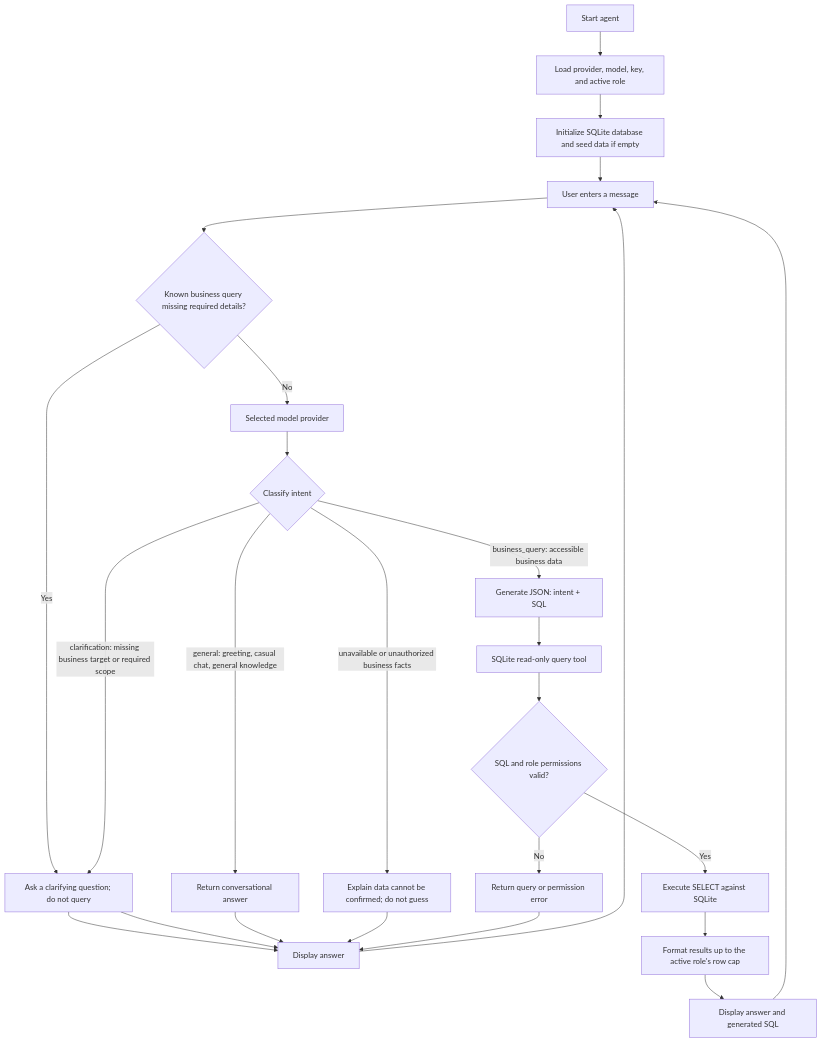
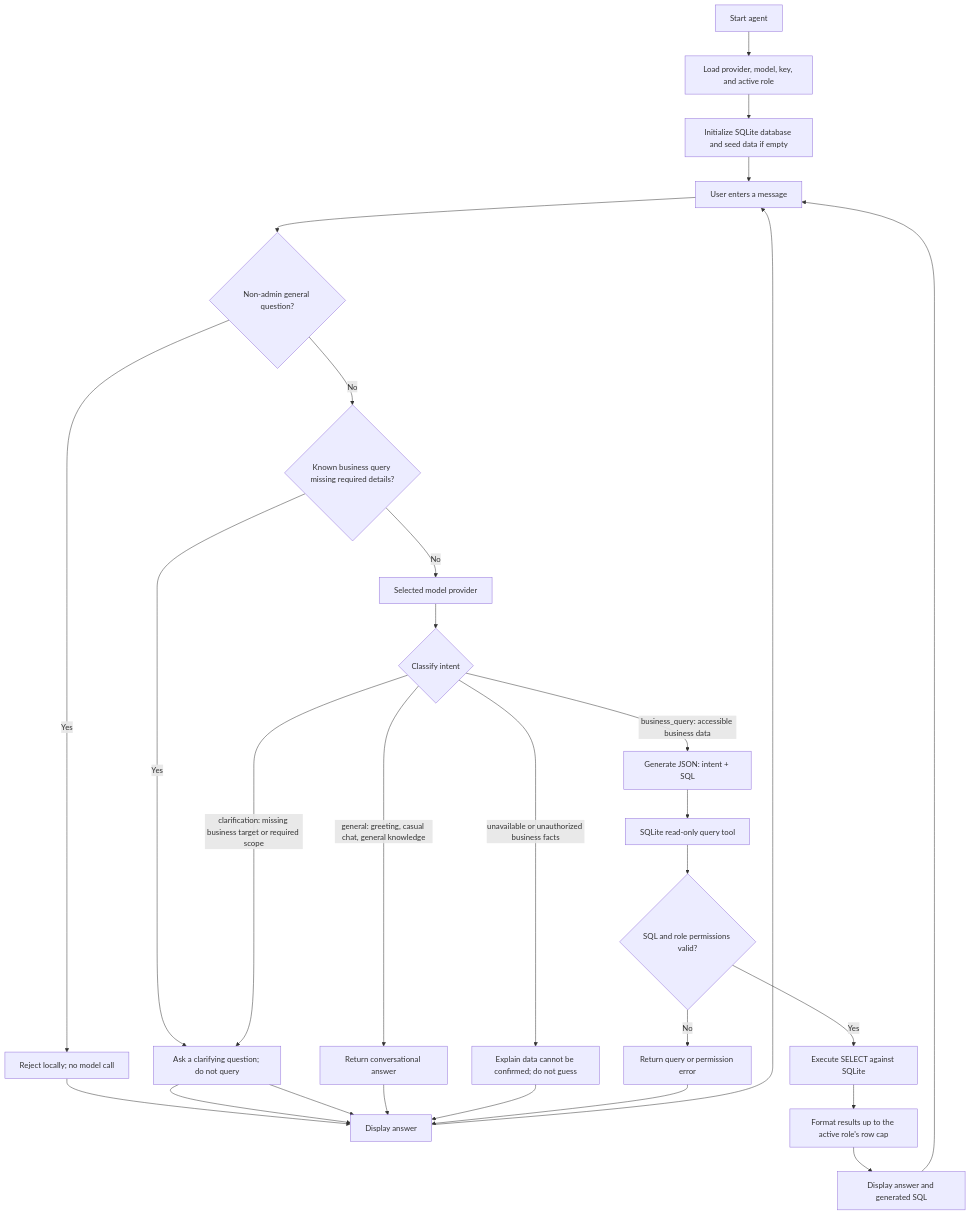
Before and after one commit to SsiStevenMao/business-agent: the diagram in README.md, drawn with Mermaid. The commit also changed other lines of this file and 4 other files, not shown here.

Commit message:
Restrict General Queries to Admin

````diff
--- a/README.md
+++ b/README.md
@@ -12,32 +12,35 @@
 ```mermaid
 flowchart TD
     A["Start agent"] --> B["Load provider, model, key, and active role"]
     B --> C["Initialize SQLite database and seed data if empty"]
     C --> D["User enters a message"]
-    D --> P{"Known business query missing required details?"}
+    D --> GATE{"Non-admin general question?"}
+    GATE -->|"Yes"| X["Reject locally; no model call"]
+    X --> R["Display answer"]
+    GATE -->|"No"| P{"Known business query missing required details?"}
     P -->|"Yes"| Q["Ask a targeted clarification; do not query"]
     Q --> R["Display answer"]
     P -->|"No"| E["Selected model provider"]
     E --> F{"Classify intent"}
 
     F -->|"clarification: missing business target or required scope"| Q["Ask a clarifying question; do not query"]
     Q --> R["Display answer"]
 
     F -->|"general: greeting, casual chat, general knowledge"| G["Return conversational answer"]
     G --> R["Display answer"]
 
     F -->|"business_query: accessible business data"| H["Generate JSON: intent + SQL"]
     F -->|"unavailable or unauthorized business facts"| N["Explain data cannot be confirmed; do not guess"]
     N --> R
 
     H --> I["SQLite read-only query tool"]
     I --> J{"SQL and role permissions valid?"}
     J -->|"No"| K["Return query or permission error"]
     K --> R
     J -->|"Yes"| L["Execute SELECT against SQLite"]
     L --> M["Format results up to the active role's row cap"]
     M --> S["Display answer and generated SQL"]
 
     R --> D
     S --> D
 ```
````
